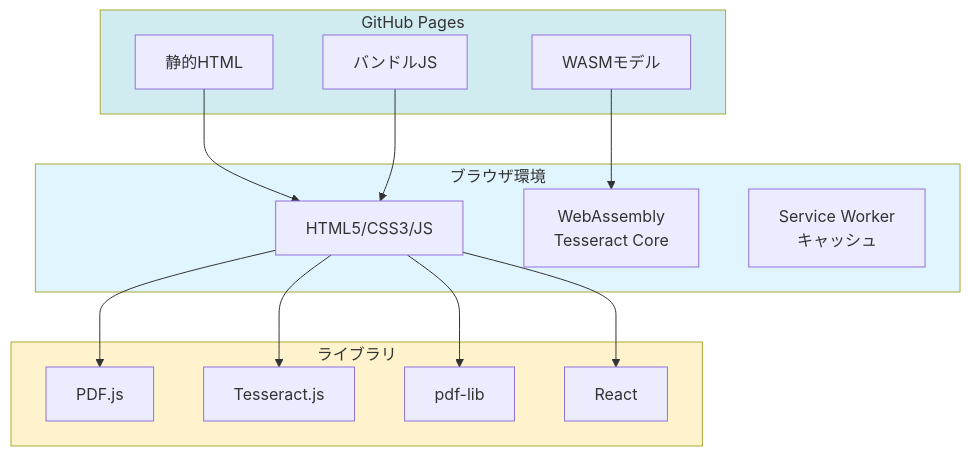
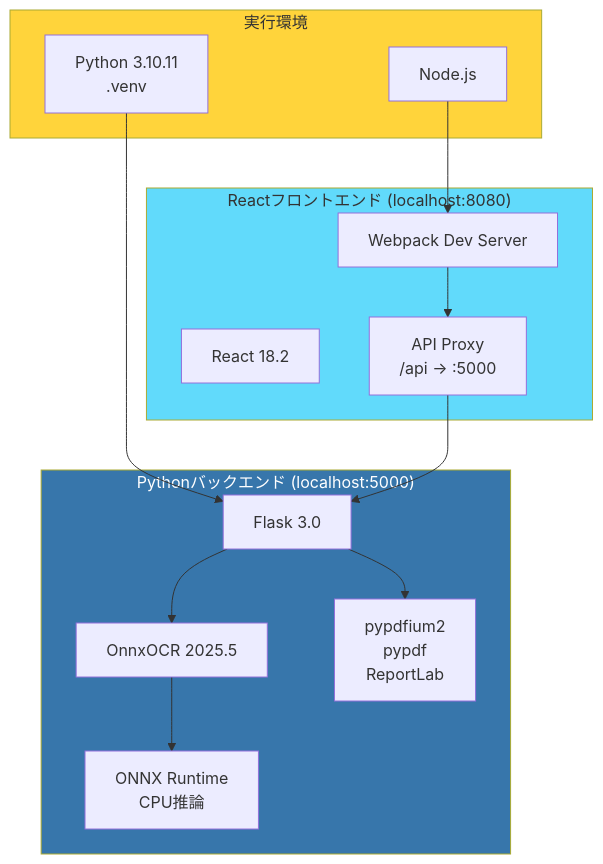
Before and after one commit to J1921604/OCR-PDF-Converter: the second of 8 diagrams in specs/001-OCR-PDF-Converter/plan.md, drawn with Mermaid. The commit also changed other lines of this file and 18 other files, not shown here.

````diff
--- a/specs/001-OCR-PDF-Converter/plan.md
+++ b/specs/001-OCR-PDF-Converter/plan.md
@@ -69,33 +79,32 @@
 ```mermaid
 flowchart TD
-    subgraph browser["ブラウザ環境"]
-        A[HTML5/CSS3/JS]
-        B[WebAssembly<br/>Tesseract Core]
-        C[Service Worker<br/>キャッシュ]
+    subgraph backend["Pythonバックエンド (localhost:5000)"]
+        A[Flask 3.0]
+        B[OnnxOCR 2025.5]
+        C[pypdfium2<br/>pypdf<br/>ReportLab]
+        D[ONNX Runtime<br/>CPU推論]
     end
     
-    subgraph libs["ライブラリ"]
-        D[PDF.js]
-        E[Tesseract.js]
-        F[pdf-lib]
-        G[React]
+    subgraph frontend["Reactフロントエンド (localhost:8080)"]
+        E[React 18.2]
+        F[Webpack Dev Server]
+        G[API Proxy<br/>/api → :5000]
     end
     
-    subgraph hosting["GitHub Pages"]
-        H[静的HTML]
-        I[バンドルJS]
-        J[WASMモデル]
+    subgraph env["実行環境"]
+        H[Python 3.10.11<br/>.venv]
+        I[Node.js]
     end
     
     H --> A
-    I --> A
-    J --> B
-    A --> D
-    A --> E
-    A --> F
-    A --> G
+    I --> F
+    F --> G
+    G --> A
+    A --> B
+    A --> C
+    B --> D
     
-    style browser fill:#e1f5ff
-    style libs fill:#fff3cd
-    style hosting fill:#d1ecf1
+    style backend fill:#3776ab,color:#fff
+    style frontend fill:#61dafb
+    style env fill:#ffd43b
 ```
````
